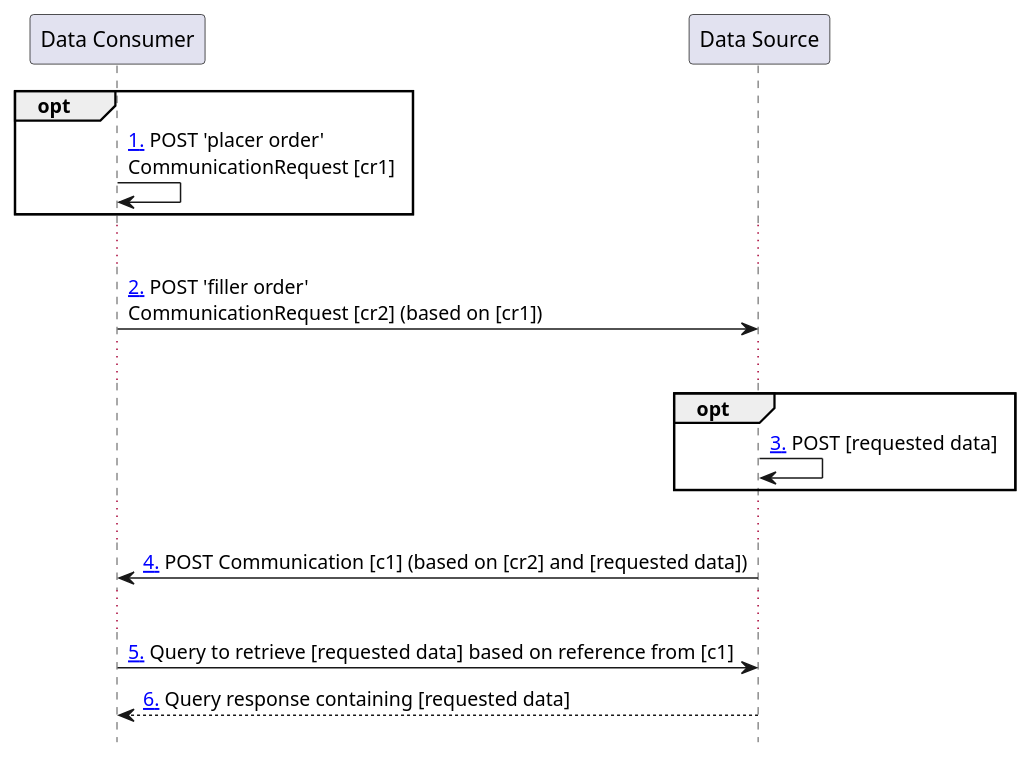
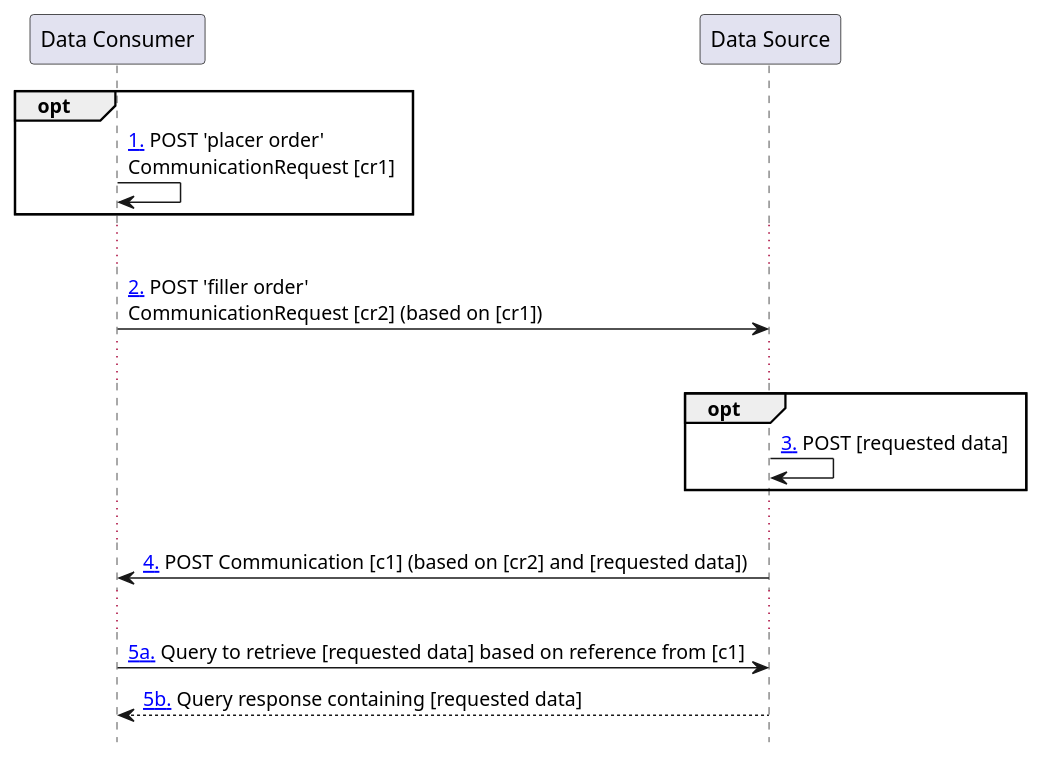
One commit to HL7/davinci-ehrx changed the diagram in input/images-source/communicationrequest-post-query.plantuml. Above: the diagram before and after it, drawn with PlantUML. The commit also changed 10 other files, not shown here.

Commit message:
Updated diagrams

```diff
--- a/input/images-source/communicationrequest-post-query.plantuml
+++ b/input/images-source/communicationrequest-post-query.plantuml
@@ -1,19 +1,19 @@
 @startuml
 hide footbox
 participant "Data Consumer" as Consumer
 participant "Data Source" as Source
 opt
 Consumer -> Consumer: [[#cr-post-b1 1.]] POST 'placer order'\nCommunicationRequest [cr1]
 end
 ...
 Consumer -> Source: [[#cr-post-b2 2.]] POST 'filler order'\nCommunicationRequest [cr2] (based on [cr1])
 ...
 opt
 Source -> Source: [[#cr-post-b3 3.]] POST [requested data]
 end
 ...
 Source -> Consumer: [[#cr-post-b4 4.]] POST Communication [c1] (based on [cr2] and [requested data])
 ...
-Consumer -> Source: [[#cr-post-b5 5.]] Query to retrieve [requested data] based on reference from [c1]
-Consumer <-- Source: [[#cr-post-b6 6.]] Query response containing [requested data]
+Consumer -> Source: [[#cr-post-b5 5a.]] Query to retrieve [requested data] based on reference from [c1]
+Consumer <-- Source: [[#cr-post-b5 5b.]] Query response containing [requested data]
 @enduml
```
